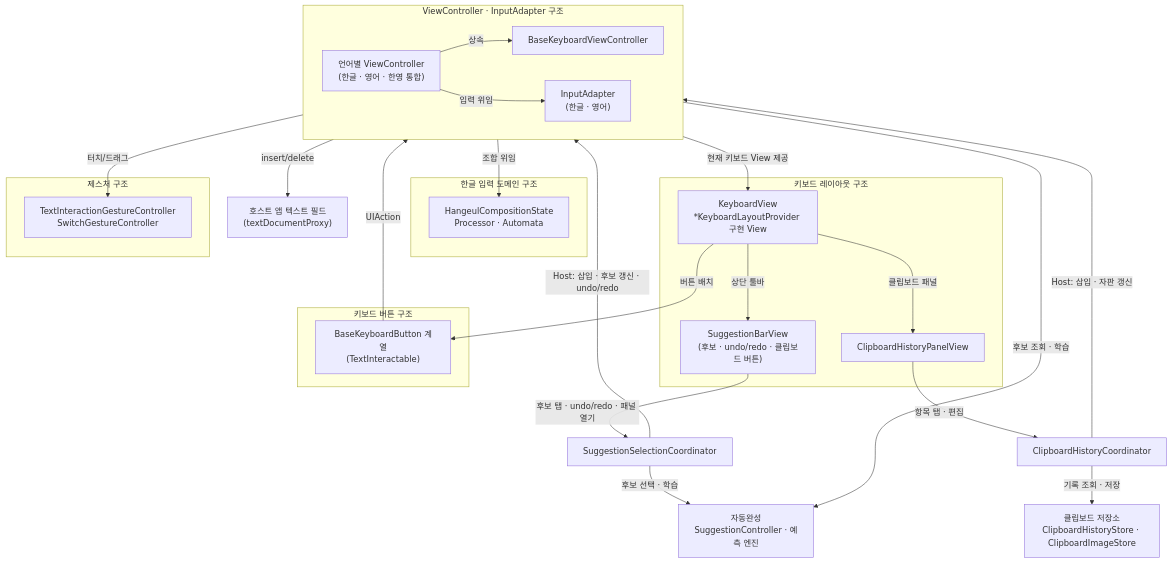
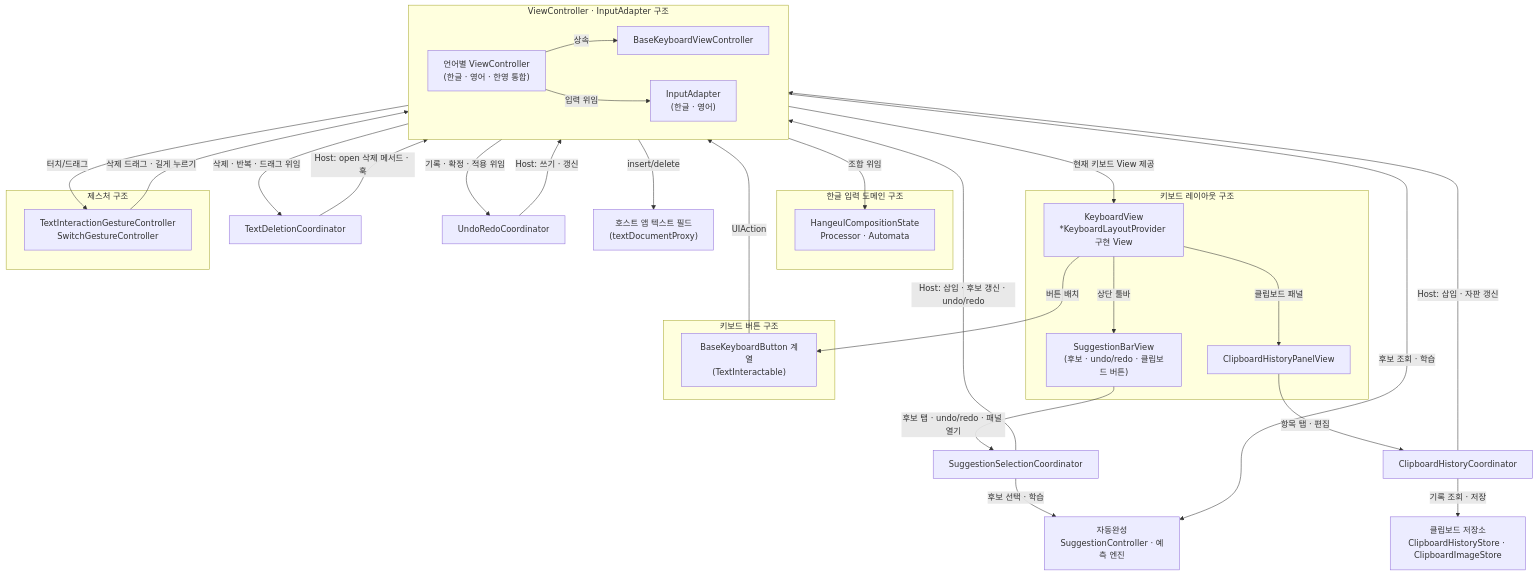
Before and after one commit to SNMac/SYKeyboard: the first of 6 diagrams in README.md, drawn with Mermaid. The commit also changed other lines of this file and 6 other files, not shown here.

Commit message:
docs: #185 - 문서에 삭제·undo/redo Coordinator 구조 반영

````diff
--- a/README.md
+++ b/README.md
@@ -441,54 +441,61 @@
 ``` mermaid
 %%{
   init: {
     "theme": "default",
     "fontFamily": "monospace"
   }
 }%%
 flowchart TB
     subgraph VCA["ViewController · InputAdapter 구조"]
         direction LR
         FinalVC["언어별 ViewController<br/>(한글 · 영어 · 한영 통합)"] -->|상속| BaseVC["BaseKeyboardViewController"]
         FinalVC -->|입력 위임| Adapter["InputAdapter<br/>(한글 · 영어)"]
     end
 
     subgraph HD["한글 입력 도메인 구조"]
         Domain["HangeulCompositionState<br/>Processor · Automata"]
     end
 
     subgraph LO["키보드 레이아웃 구조"]
         Layout["KeyboardView<br/>*KeyboardLayoutProvider 구현 View"]
         Toolbar["SuggestionBarView<br/>(후보 · undo/redo · 클립보드 버튼)"]
         ClipboardPanel["ClipboardHistoryPanelView"]
     end
 
     subgraph GS["제스처 구조"]
         Gesture["TextInteractionGestureController<br/>SwitchGestureController"]
     end
 
     subgraph BT["키보드 버튼 구조"]
         Button["BaseKeyboardButton 계열<br/>(TextInteractable)"]
     end
 
     SuggestionCoord["SuggestionSelectionCoordinator"]
     ClipboardCoord["ClipboardHistoryCoordinator"]
+    DeletionCoord["TextDeletionCoordinator"]
+    UndoCoord["UndoRedoCoordinator"]
     Suggestion["자동완성<br/>SuggestionController · 예측 엔진"]
     ClipboardStore["클립보드 저장소<br/>ClipboardHistoryStore · ClipboardImageStore"]
     Host["호스트 앱 텍스트 필드<br/>(textDocumentProxy)"]
 
     Adapter -->|조합 위임| Domain
     Adapter -->|현재 키보드 View 제공| Layout
     Layout -->|버튼 배치| Button
     Layout -->|상단 툴바| Toolbar
     Layout -->|클립보드 패널| ClipboardPanel
     Button -->|UIAction| BaseVC
     Toolbar -->|후보 탭 · undo/redo · 패널 열기| SuggestionCoord
     ClipboardPanel -->|항목 탭 · 편집| ClipboardCoord
     SuggestionCoord -->|Host: 삽입 · 후보 갱신 · undo/redo| BaseVC
     ClipboardCoord -->|Host: 삽입 · 자판 갱신| BaseVC
     SuggestionCoord -->|후보 선택 · 학습| Suggestion
     ClipboardCoord -->|기록 조회 · 저장| ClipboardStore
+    Gesture -->|삭제 드래그 · 길게 누르기| BaseVC
+    BaseVC -->|삭제 · 반복 · 드래그 위임| DeletionCoord
+    DeletionCoord -->|Host: open 삭제 메서드 · 훅| BaseVC
+    BaseVC -->|기록 · 확정 · 적용 위임| UndoCoord
+    UndoCoord -->|Host: 쓰기 · 갱신| BaseVC
     BaseVC -->|터치/드래그| Gesture
     BaseVC -->|후보 조회 · 학습| Suggestion
     BaseVC -->|insert/delete| Host
 ```
````
